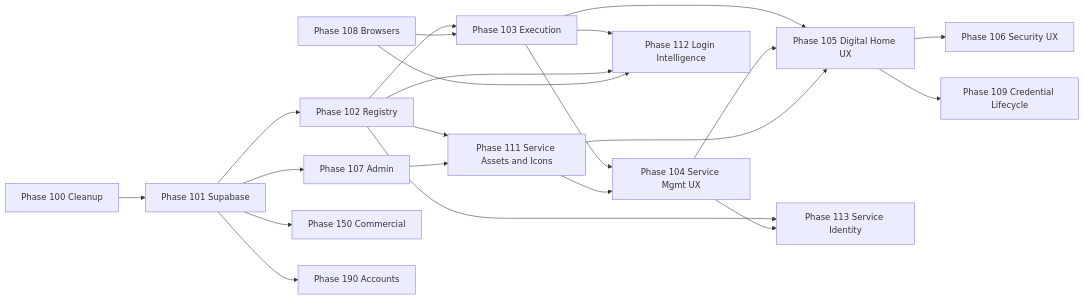
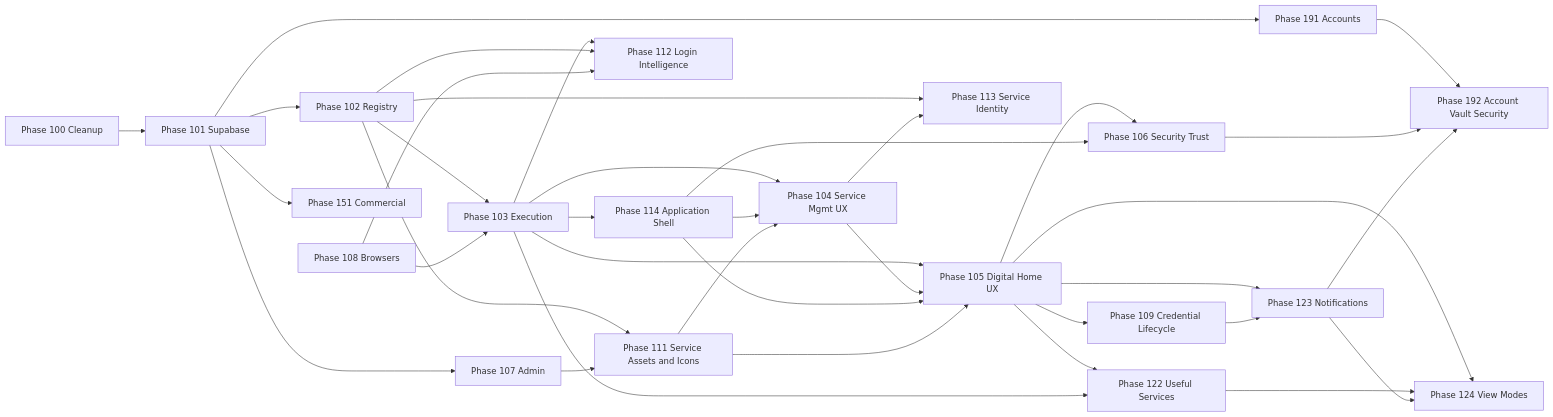
The sixth of 6 diagrams in team-yuri/PLAN.md (yaels3049-max/password-vault), drawn with Mermaid before and after one commit. The commit also changed other lines of this file and 37 other files, not shown here.

````diff
--- a/team-yuri/PLAN.md
+++ b/team-yuri/PLAN.md
@@ -1339,40 +2646,59 @@
 ```mermaid
 flowchart LR
   P100[Phase 100 Cleanup]
   P101[Phase 101 Supabase]
   P102[Phase 102 Registry]
   P103[Phase 103 Execution]
   P104[Phase 104 Service Mgmt UX]
   P105[Phase 105 Digital Home UX]
-  P106[Phase 106 Security UX]
+  P106[Phase 106 Security Trust]
   P107[Phase 107 Admin]
   P108[Phase 108 Browsers]
   P109[Phase 109 Credential Lifecycle]
   P111[Phase 111 Service Assets and Icons]
   P112[Phase 112 Login Intelligence]
   P113[Phase 113 Service Identity]
-  P150[Phase 150 Commercial]
-  P190[Phase 190 Accounts]
+  P114[Phase 114 Application Shell]
+  P122[Phase 122 Useful Services]
+  P123[Phase 123 Notifications]
+  P124[Phase 124 View Modes]
+  P151[Phase 151 Commercial]
+  P191[Phase 191 Accounts]
+  P192[Phase 192 Account Vault Security]
 
   P100 --> P101
   P101 --> P102
   P102 --> P103
   P102 --> P111
   P103 --> P104
   P103 --> P105
   P104 --> P105
   P105 --> P106
   P108 --> P103
   P101 --> P107
   P107 --> P111
   P103 --> P112
   P102 --> P112
   P108 --> P112
   P102 --> P113
   P104 --> P113
+  P103 --> P114
+  P114 --> P104
+  P114 --> P105
+  P114 --> P106
+  P105 --> P122
+  P103 --> P122
+  P105 --> P123
+  P109 --> P123
+  P105 --> P124
+  P122 --> P124
+  P123 --> P124
   P111 --> P104
   P111 --> P105
   P105 --> P109
-  P101 --> P150
-  P101 --> P190
+  P101 --> P151
+  P101 --> P191
+  P191 --> P192
+  P106 --> P192
+  P123 --> P192
 ```
````
